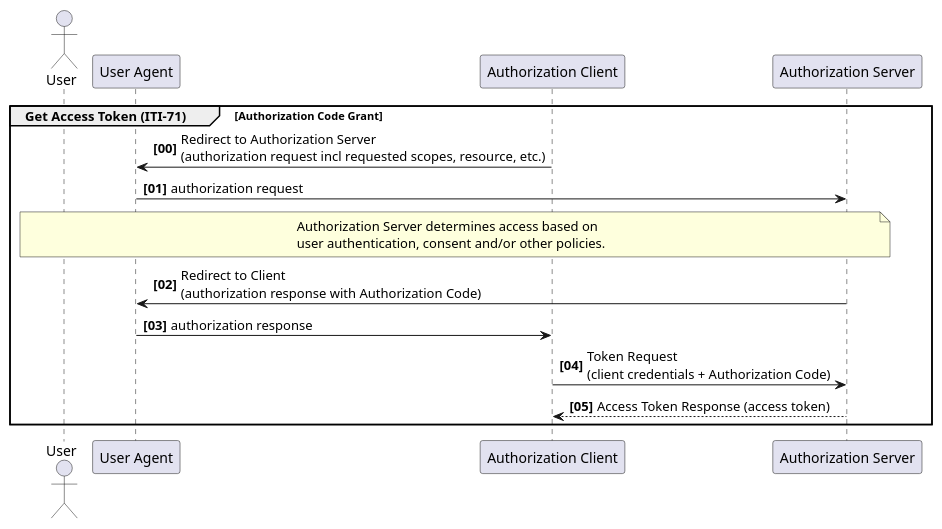
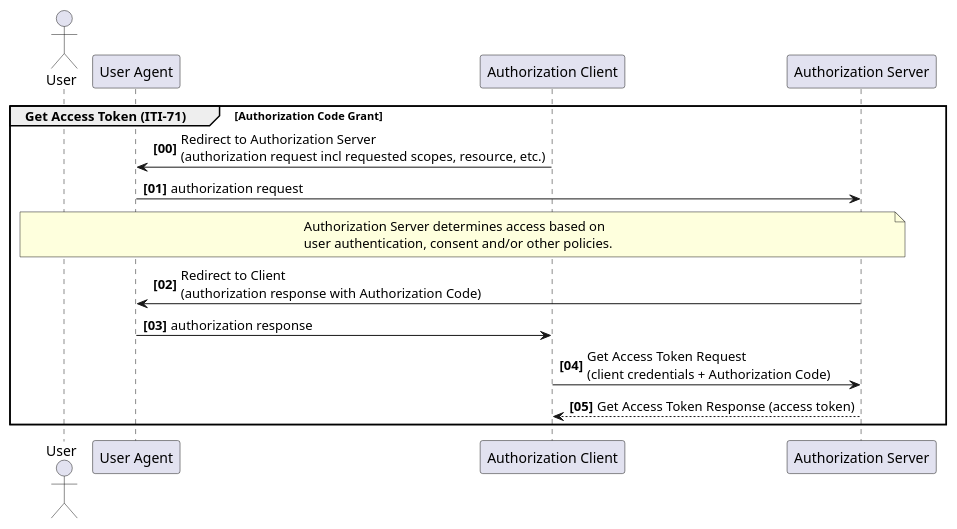
Before and after one commit to IHE/ITI.IUA: the third of 6 diagrams in IHE_ITI_Suppl_IUA.md, drawn with PlantUML. The commit also changed 1 other file, not shown here.

Commit message:
Fixed Issue: Figure 3.71.4.1.2.2-1 #51

````diff
--- a/IHE_ITI_Suppl_IUA.md
+++ b/IHE_ITI_Suppl_IUA.md
@@ -658,29 +658,29 @@
 ```plantuml
 @startuml authorization-code-grant
 
 actor User
 
 participant "User Agent" as UserAgent
 participant "Authorization Client" as Client
 participant "Authorization Server" as AuthzServer
 
 autonumber 0 1 "<b>[00]</b>"
 
 group Get Access Token (ITI-71) [Authorization Code Grant]
 Client -> UserAgent: Redirect to Authorization Server \n(authorization request incl requested scopes, resource, etc.)
 UserAgent -> AuthzServer: authorization request
 
 note over User, AuthzServer
   Authorization Server determines access based on
   user authentication, consent and/or other policies.
 end note
 
 AuthzServer -> UserAgent: Redirect to Client \n(authorization response with Authorization Code)
 UserAgent -> Client: authorization response
 
-Client -> AuthzServer: Token Request \n(client credentials + Authorization Code)
-AuthzServer --> Client: Access Token Response (access token)
+Client -> AuthzServer: Get Access Token Request \n(client credentials + Authorization Code)
+AuthzServer --> Client: Get Access Token Response (access token)
 end
 
 @enduml
 ```
````
